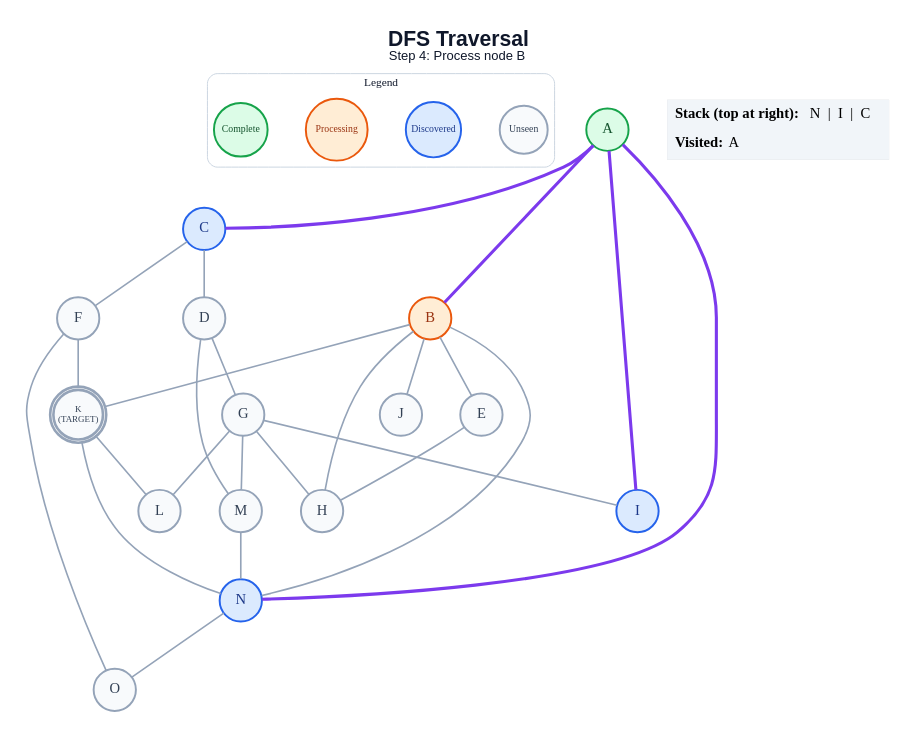
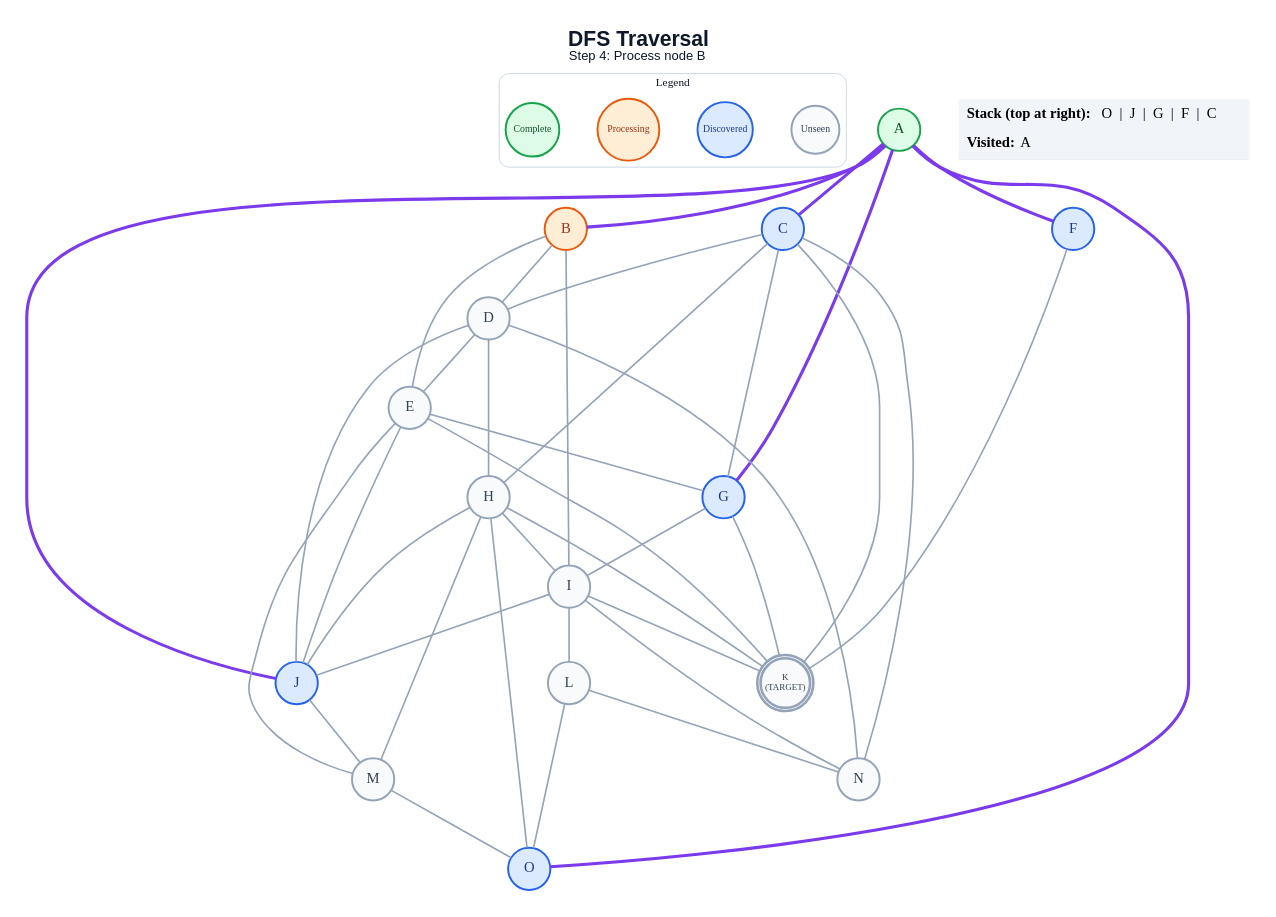
Before and after one commit to anon7238593-create/ai-slop: the diagram in generated/dfs/step_04.dot, drawn with Graphviz. The commit also changed 241 other files, not shown here.

```diff
--- a/generated/dfs/step_04.dot
+++ b/generated/dfs/step_04.dot
@@ -1,58 +1,72 @@
 graph traversal {
   graph [layout=dot, rankdir=TB, bgcolor="#FFFFFF", pad="0.35", nodesep="0.65", ranksep="0.8", fontname="Arial"];
   node [shape=circle, style="filled", fontname="Arial Bold", fontsize=18, width=0.72, fixedsize=true, penwidth=2.4];
   edge [color="#94A3B8", penwidth=2.0];
   label=<<B>DFS Traversal</B><BR/><FONT POINT-SIZE="16">Step 4: Process node B</FONT>>; labelloc="t"; fontsize=26; fontname="Arial"; fontcolor="#0F172A";
   subgraph cluster_legend { label="Legend"; color="#CBD5E1"; penwidth=1.2; style="rounded"; fontsize=14; fontname="Arial Bold";
     key_unseen [label="Unseen", fillcolor="#F8FAFC", color="#94A3B8", fontcolor="#334155", fontsize=12, width=0.82];
     key_frontier [label="Discovered", fillcolor="#DBEAFE", color="#2563EB", fontcolor="#1E3A8A", fontsize=12, width=0.95];
     key_current [label="Processing", fillcolor="#FFEDD5", color="#EA580C", fontcolor="#9A3412", fontsize=12, width=1.05];
     key_done [label="Complete", fillcolor="#DCFCE7", color="#16A34A", fontcolor="#14532D", fontsize=12, width=0.92];
     { rank=same; key_unseen; key_frontier; key_current; key_done; }
   }
   A [label="A", fillcolor="#DCFCE7", color="#16A34A", fontcolor="#14532D", peripheries=1, penwidth=2.4];
   B [label="B", fillcolor="#FFEDD5", color="#EA580C", fontcolor="#9A3412", peripheries=1, penwidth=2.4];
   C [label="C", fillcolor="#DBEAFE", color="#2563EB", fontcolor="#1E3A8A", peripheries=1, penwidth=2.4];
   D [label="D", fillcolor="#F8FAFC", color="#94A3B8", fontcolor="#334155", peripheries=1, penwidth=2.4];
   E [label="E", fillcolor="#F8FAFC", color="#94A3B8", fontcolor="#334155", peripheries=1, penwidth=2.4];
-  F [label="F", fillcolor="#F8FAFC", color="#94A3B8", fontcolor="#334155", peripheries=1, penwidth=2.4];
-  G [label="G", fillcolor="#F8FAFC", color="#94A3B8", fontcolor="#334155", peripheries=1, penwidth=2.4];
+  F [label="F", fillcolor="#DBEAFE", color="#2563EB", fontcolor="#1E3A8A", peripheries=1, penwidth=2.4];
+  G [label="G", fillcolor="#DBEAFE", color="#2563EB", fontcolor="#1E3A8A", peripheries=1, penwidth=2.4];
   H [label="H", fillcolor="#F8FAFC", color="#94A3B8", fontcolor="#334155", peripheries=1, penwidth=2.4];
-  I [label="I", fillcolor="#DBEAFE", color="#2563EB", fontcolor="#1E3A8A", peripheries=1, penwidth=2.4];
-  J [label="J", fillcolor="#F8FAFC", color="#94A3B8", fontcolor="#334155", peripheries=1, penwidth=2.4];
+  I [label="I", fillcolor="#F8FAFC", color="#94A3B8", fontcolor="#334155", peripheries=1, penwidth=2.4];
+  J [label="J", fillcolor="#DBEAFE", color="#2563EB", fontcolor="#1E3A8A", peripheries=1, penwidth=2.4];
   K [label="K\n(TARGET)", fillcolor="#F8FAFC", color="#94A3B8", fontcolor="#334155", peripheries=2, penwidth=3.2, fontsize=11, width=0.85, height=0.85];
   L [label="L", fillcolor="#F8FAFC", color="#94A3B8", fontcolor="#334155", peripheries=1, penwidth=2.4];
   M [label="M", fillcolor="#F8FAFC", color="#94A3B8", fontcolor="#334155", peripheries=1, penwidth=2.4];
-  N [label="N", fillcolor="#DBEAFE", color="#2563EB", fontcolor="#1E3A8A", peripheries=1, penwidth=2.4];
-  O [label="O", fillcolor="#F8FAFC", color="#94A3B8", fontcolor="#334155", peripheries=1, penwidth=2.4];
+  N [label="N", fillcolor="#F8FAFC", color="#94A3B8", fontcolor="#334155", peripheries=1, penwidth=2.4];
+  O [label="O", fillcolor="#DBEAFE", color="#2563EB", fontcolor="#1E3A8A", peripheries=1, penwidth=2.4];
   A -- B [color="#7C3AED", penwidth=3.8];
   A -- C [color="#7C3AED", penwidth=3.8];
-  A -- I [color="#7C3AED", penwidth=3.8];
-  A -- N [color="#7C3AED", penwidth=3.8];
+  A -- F [color="#7C3AED", penwidth=3.8];
+  A -- G [color="#7C3AED", penwidth=3.8];
+  A -- J [color="#7C3AED", penwidth=3.8];
+  A -- O [color="#7C3AED", penwidth=3.8];
+  B -- D;
   B -- E;
-  B -- H;
-  B -- J;
-  B -- K;
-  B -- N;
+  B -- I;
   C -- D;
-  C -- F;
-  D -- G;
-  D -- M;
-  E -- H;
+  C -- G;
+  C -- H;
+  C -- K;
+  C -- N;
+  D -- E;
+  D -- H;
+  D -- J;
+  D -- N;
+  E -- G;
+  E -- J;
+  E -- K;
+  E -- M;
   F -- K;
-  F -- O;
-  G -- H;
   G -- I;
-  G -- L;
-  G -- M;
-  K -- L;
-  K -- N;
-  M -- N;
-  N -- O;
+  G -- K;
+  H -- I;
+  H -- J;
+  H -- K;
+  H -- M;
+  H -- O;
+  I -- J;
+  I -- K;
+  I -- L;
+  I -- N;
+  J -- M;
+  L -- N;
+  L -- O;
+  M -- O;
   status [shape=plain, fixedsize=false, width=0, height=0, margin=0, label=<
     <TABLE BORDER="0" CELLBORDER="0" CELLPADDING="7" BGCOLOR="#F1F5F9">
-      <TR><TD ALIGN="LEFT"><B>Stack (top at right):</B> N  |  I  |  C</TD></TR>
+      <TR><TD ALIGN="LEFT"><B>Stack (top at right):</B> O  |  J  |  G  |  F  |  C</TD></TR>
       <TR><TD ALIGN="LEFT"><B>Visited:</B> A</TD></TR>
     </TABLE>
   >];
 }
```
